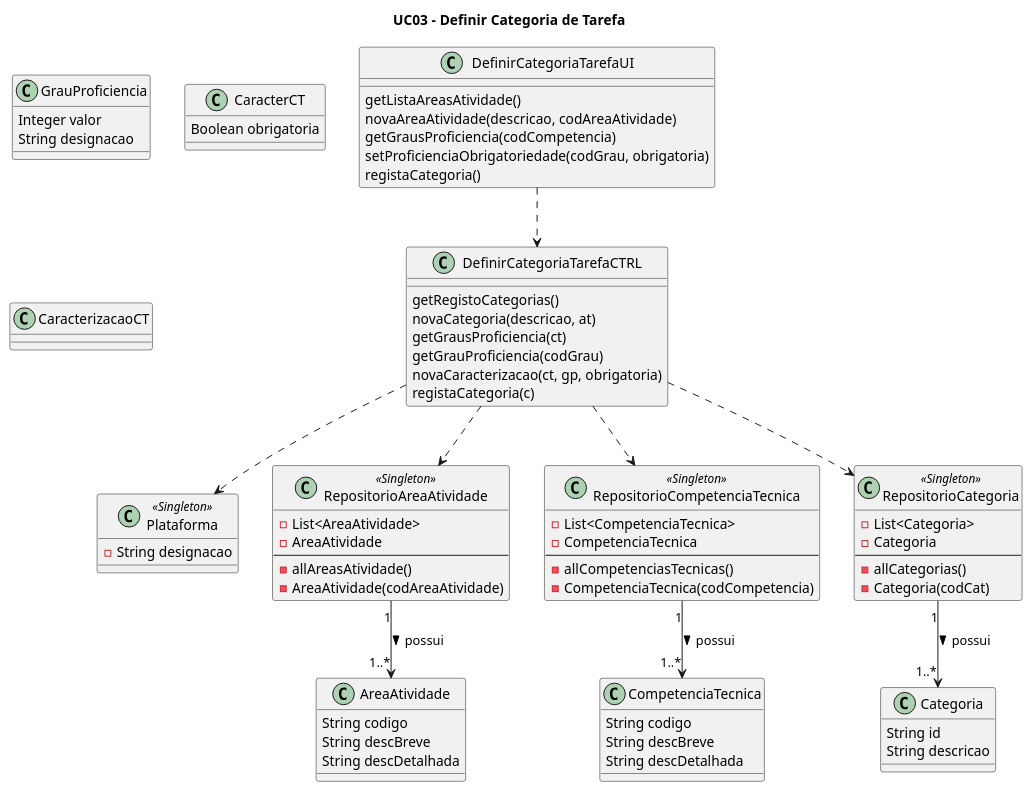
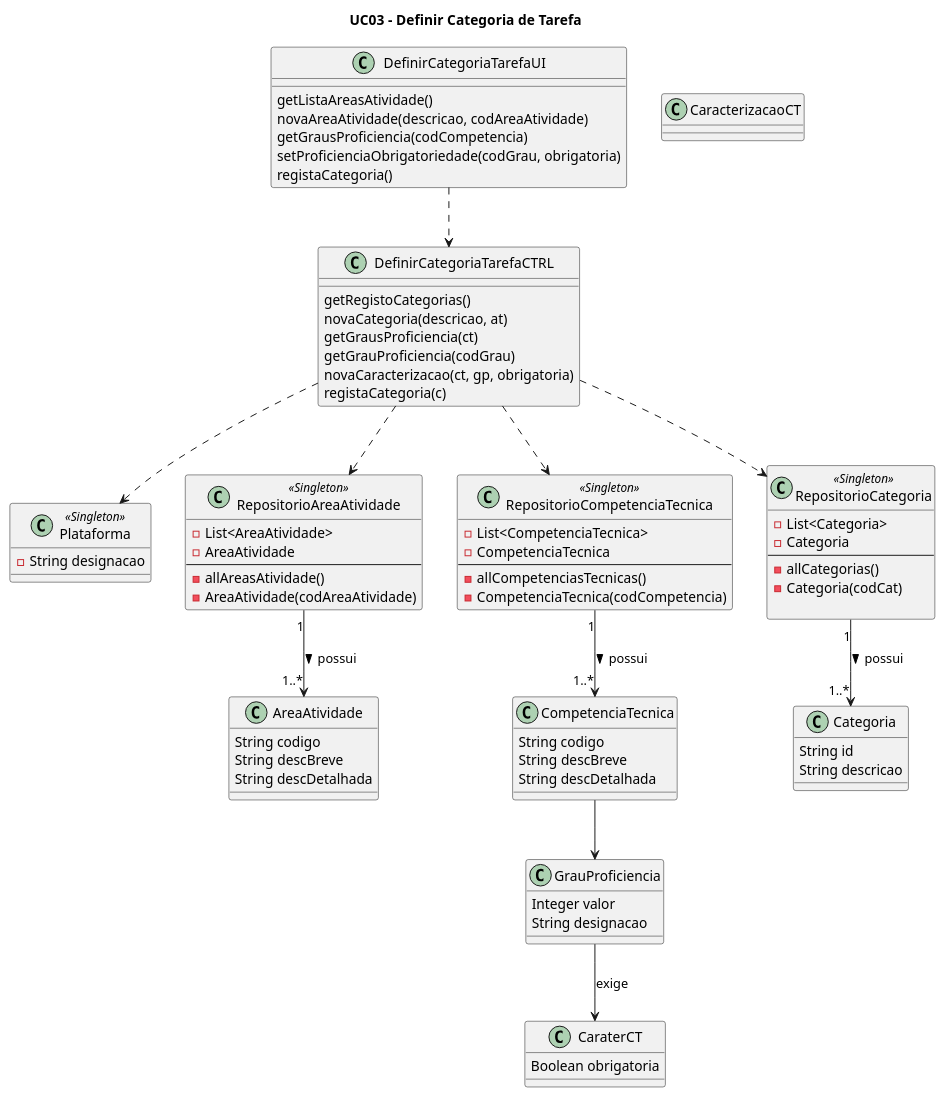
The diagram in Sprint 2/UC03_Definir_Categoria_Tarefa/UC03_DiagClas_Definir_Categoria_Tarefa.wsd (blestonbandeiraUPSKILL/upskill_java1_labprg_grupo2), drawn with PlantUML before and after one commit. The commit also changed 1 other file, not shown here.

```diff
--- a/Sprint 2/UC03_Definir_Categoria_Tarefa/UC03_DiagClas_Definir_Categoria_Tarefa.wsd
+++ b/Sprint 2/UC03_Definir_Categoria_Tarefa/UC03_DiagClas_Definir_Categoria_Tarefa.wsd
@@ -1,97 +1,100 @@
 @startuml
 title UC03 - Definir Categoria de Tarefa
 
 class Plataforma <<Singleton>> {
     -String designacao
 }
 
 class DefinirCategoriaTarefaUI{
    getListaAreasAtividade()
    novaAreaAtividade(descricao, codAreaAtividade)
    getGrausProficiencia(codCompetencia)
    setProficienciaObrigatoriedade(codGrau, obrigatoria)
    registaCategoria()
 }
 
 class DefinirCategoriaTarefaCTRL{
    getRegistoCategorias()
    novaCategoria(descricao, at)
    getGrausProficiencia(ct)
    getGrauProficiencia(codGrau)
    novaCaracterizacao(ct, gp, obrigatoria)
    registaCategoria(c)
 }
 
 class AreaAtividade{
     String codigo
     String descBreve
     String descDetalhada
 }
 
 class CompetenciaTecnica{
     String codigo
     String descBreve
     String descDetalhada
 }
 
 class Categoria{
     String id 
     String descricao
 }
 
 class GrauProficiencia{
     Integer valor
     String designacao
 }
 
-class CaracterCT{
+class CaraterCT{
     Boolean obrigatoria
 }
 
 class CaracterizacaoCT{
     
 }
 
 class RepositorioAreaAtividade <<Singleton>>{
     -List<AreaAtividade>
     -AreaAtividade
     --
     -allAreasAtividade()
     -AreaAtividade(codAreaAtividade)
 }
 
 class RepositorioCompetenciaTecnica <<Singleton>>{
     -List<CompetenciaTecnica>
     -CompetenciaTecnica
     --
     -allCompetenciasTecnicas()
     -CompetenciaTecnica(codCompetencia)
 }
 
 class RepositorioCategoria <<Singleton>>{
     -List<Categoria>
     -Categoria
     --
     -allCategorias()
     -Categoria(codCat)
+    
 }
-
-
 
 DefinirCategoriaTarefaUI ..> DefinirCategoriaTarefaCTRL
 
 DefinirCategoriaTarefaCTRL ..> Plataforma
 
 DefinirCategoriaTarefaCTRL ..> RepositorioAreaAtividade
 
 DefinirCategoriaTarefaCTRL ..> RepositorioCategoria
 
 DefinirCategoriaTarefaCTRL ..> RepositorioCompetenciaTecnica
 
 RepositorioAreaAtividade "1" --> "1..*" AreaAtividade: possui >
 
 RepositorioCategoria "1" --> "1..*"  Categoria: possui >
 
 RepositorioCompetenciaTecnica "1" --> "1..*" CompetenciaTecnica: possui >
 
+CompetenciaTecnica --> GrauProficiencia
+
+GrauProficiencia --> CaraterCT: exige
+
 @enduml
```
